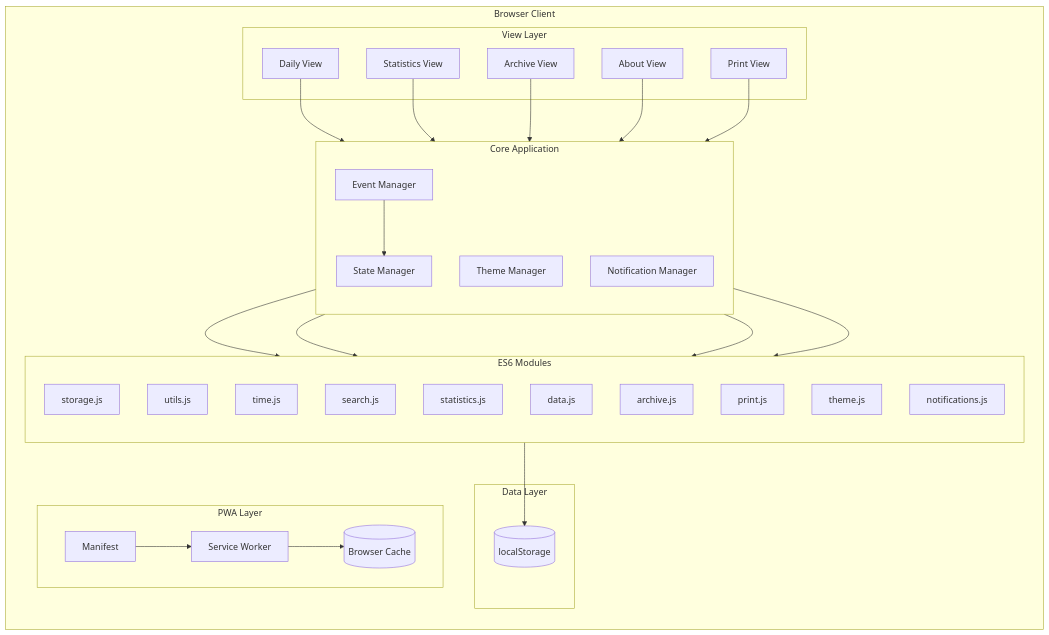
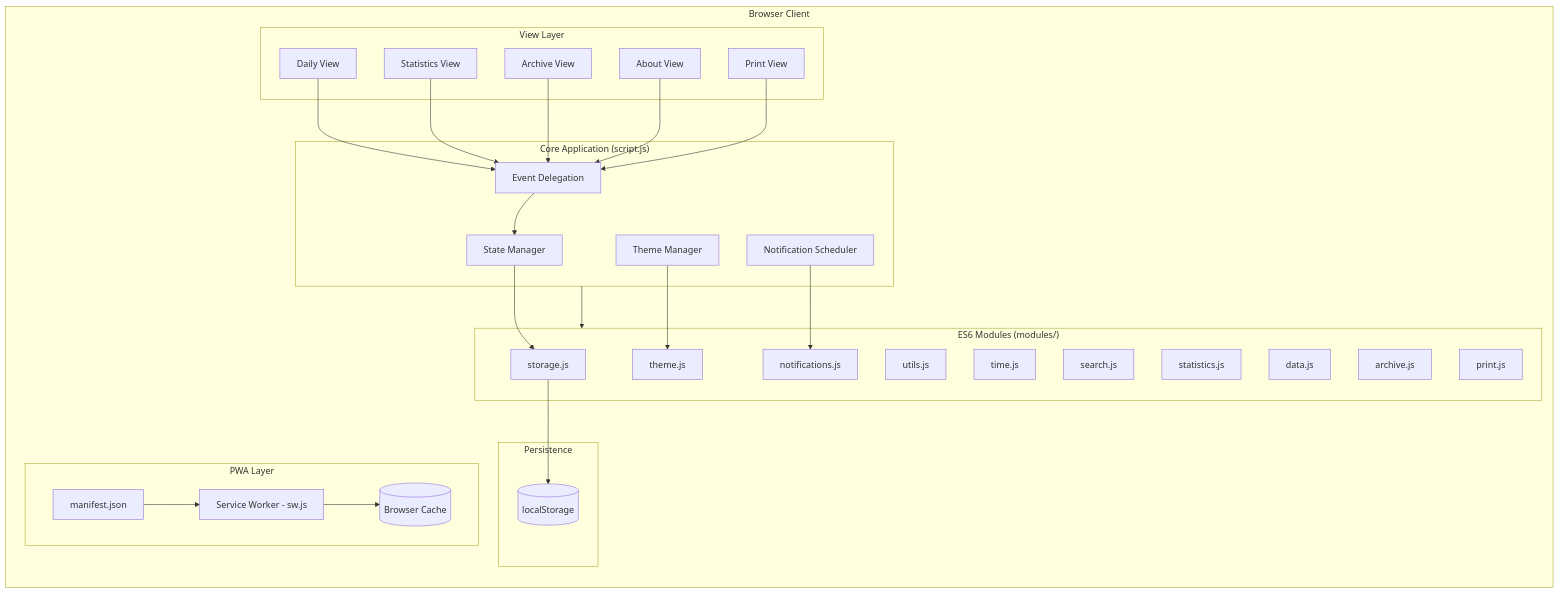
The diagram in .portfolio/architecture.md (Technical-1/Easy-Time-Blocking), drawn with Mermaid before and after one commit. The commit also changed other lines of this file and 2 other files, not shown here.

````diff
--- a/.portfolio/architecture.md
+++ b/.portfolio/architecture.md
@@ -5,64 +5,62 @@
 ```mermaid
 flowchart TB
     subgraph Client["Browser Client"]
         direction TB
 
         subgraph Views["View Layer"]
             DV[Daily View]
             SV[Statistics View]
             AV[Archive View]
             ABV[About View]
             PV[Print View]
         end
 
-        subgraph Core["Core Application"]
-            direction TB
-            EM[Event Manager]
+        subgraph Core["Core Application (script.js)"]
+            EM[Event Delegation]
             SM[State Manager]
             TM[Theme Manager]
-            NM[Notification Manager]
+            NM[Notification Scheduler]
         end
 
-        subgraph Modules["ES6 Modules"]
-            direction TB
+        subgraph Modules["ES6 Modules (modules/)"]
             Storage[storage.js]
             Utils[utils.js]
             Time[time.js]
             Search[search.js]
             Stats[statistics.js]
             Data[data.js]
             Archive[archive.js]
             Print[print.js]
             Theme[theme.js]
             Notify[notifications.js]
         end
 
-        subgraph DataLayer["Data Layer"]
+        subgraph DataLayer["Persistence"]
             LS[(localStorage)]
         end
 
         subgraph PWA["PWA Layer"]
-            SW[Service Worker]
-            MF[Manifest]
+            SW[Service Worker - sw.js]
+            MF[manifest.json]
             Cache[(Browser Cache)]
         end
     end
 
     DV --> EM
     SV --> EM
     AV --> EM
     ABV --> EM
     PV --> EM
 
     EM --> SM
     SM --> Storage
     Storage --> LS
 
     TM --> Theme
     NM --> Notify
 
     SW --> Cache
     MF --> SW
 
     Core --> Modules
 ```
````
